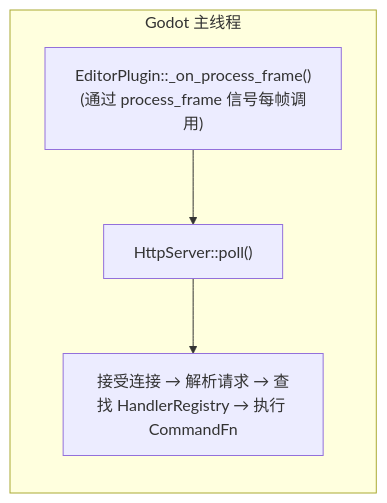
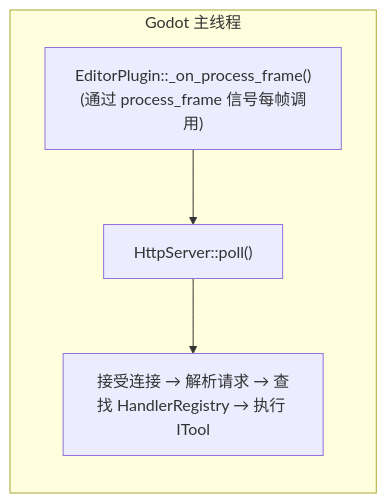
Before and after one commit to jesspig/GodotMCP-GDExtension: the diagram in .repo_wiki/overview/threading-model.md, drawn with Mermaid. The commit also changed other lines of this file and 7 other files, not shown here.

````diff
--- a/.repo_wiki/overview/threading-model.md
+++ b/.repo_wiki/overview/threading-model.md
@@ -7,12 +7,12 @@
 ```mermaid
 flowchart LR
     subgraph MAIN["Godot 主线程"]
         direction TB
         A["EditorPlugin::_on_process_frame()<br/>(通过 process_frame 信号每帧调用)"]
         C["HttpServer::poll()"]
-        D["接受连接 → 解析请求 → 查找 HandlerRegistry → 执行 CommandFn"]
+        D["接受连接 → 解析请求 → 查找 HandlerRegistry → 执行 ITool"]
     end
     
     A --> C
     C --> D
 ```
````
